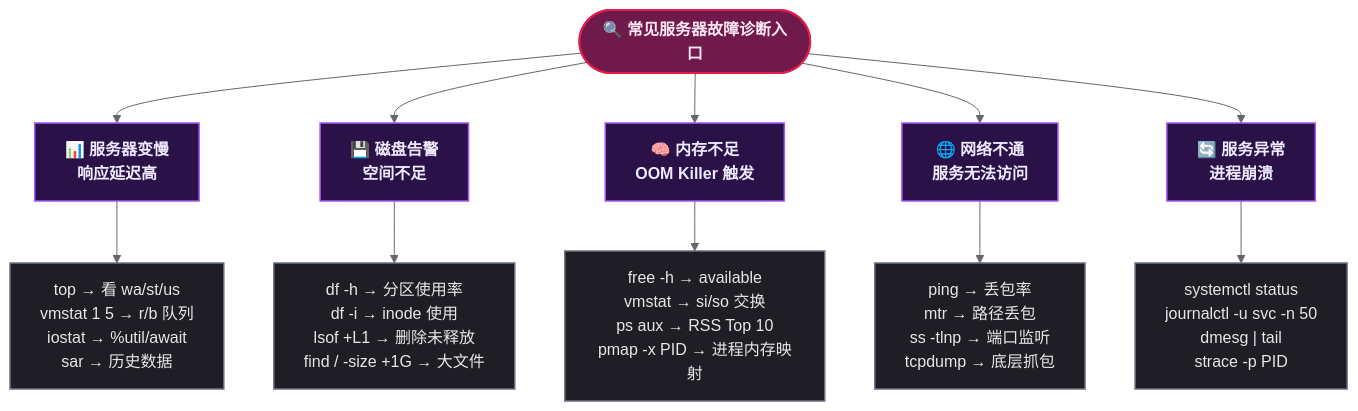
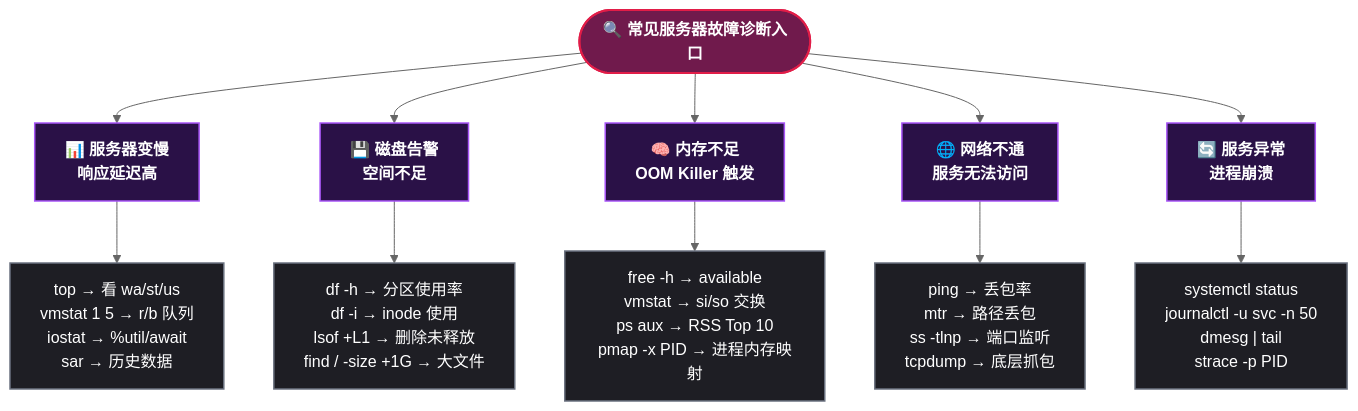
Before and after one commit to yaocat55/yaocat55.github.io: the third of 4 diagrams in content/posts/linux/LinuxCommands100.md, drawn with Mermaid (neutral theme). The commit also changed other lines of this file and 27 other files, not shown here.

Commit message:
docs: 全系列 93 张 Mermaid 图 classDef 改为 style 强制深底白字(修复部分渲染器白底浅字)+历史文件格式清理

````diff
--- a/content/posts/linux/LinuxCommands100.md
+++ b/content/posts/linux/LinuxCommands100.md
@@ -1761,26 +1762,28 @@
 ```mermaid
 flowchart TD
-classDef startEnd fill:#701a4c,stroke:#e11d48,stroke-width:2px,color:#fce7f3,font-weight:bold;
-classDef condition fill:#2a1147,stroke:#a855f7,stroke-width:1.5px,color:#ede9fe,font-weight:bold;
-classDef process fill:#1e1e24,stroke:#6b7280,stroke-width:1.5px,color:#e5e7eb;
-classDef data fill:#052e16,stroke:#16a34a,stroke-width:1.5px,color:#bbf7d0,font-weight:bold;
-classDef highlight fill:#450a0a,stroke:#dc2626,stroke-width:1.5px,color:#fecaca,font-weight:bold;
 
     ROOT([🔍 常见服务器故障诊断入口])
 
     ROOT --> S1["📊 服务器变慢\n响应延迟高"]
     ROOT --> S2["💾 磁盘告警\n空间不足"]
     ROOT --> S3["🧠 内存不足\nOOM Killer 触发"]
     ROOT --> S4["🌐 网络不通\n服务无法访问"]
     ROOT --> S5["🔄 服务异常\n进程崩溃"]
 
     S1 --> D1["top → 看 wa/st/us\nvmstat 1 5 → r/b 队列\niostat → %util/await\nsar → 历史数据"]
     S2 --> D2["df -h → 分区使用率\ndf -i → inode 使用\nlsof +L1 → 删除未释放\nfind / -size +1G → 大文件"]
     S3 --> D3["free -h → available\nvmstat → si/so 交换\nps aux → RSS Top 10\npmap -x PID → 进程内存映射"]
     S4 --> D4["ping → 丢包率\nmtr → 路径丢包\nss -tlnp → 端口监听\ntcpdump → 底层抓包"]
     S5 --> D5["systemctl status\njournalctl -u svc -n 50\ndmesg | tail\nstrace -p PID"]
-
-    class ROOT startEnd;
-    class S1,S2,S3,S4,S5 condition;
-    class D1,D2,D3,D4,D5 process;
+    style ROOT fill:#701a4c,stroke:#e11d48,stroke-width:2px,color:#ffffff,font-weight:bold
+    style S1 fill:#2a1147,stroke:#a855f7,stroke-width:1.5px,color:#ffffff,font-weight:bold
+    style S2 fill:#2a1147,stroke:#a855f7,stroke-width:1.5px,color:#ffffff,font-weight:bold
+    style S3 fill:#2a1147,stroke:#a855f7,stroke-width:1.5px,color:#ffffff,font-weight:bold
+    style S4 fill:#2a1147,stroke:#a855f7,stroke-width:1.5px,color:#ffffff,font-weight:bold
+    style S5 fill:#2a1147,stroke:#a855f7,stroke-width:1.5px,color:#ffffff,font-weight:bold
+    style D1 fill:#1e1e24,stroke:#6b7280,stroke-width:1.5px,color:#ffffff
+    style D2 fill:#1e1e24,stroke:#6b7280,stroke-width:1.5px,color:#ffffff
+    style D3 fill:#1e1e24,stroke:#6b7280,stroke-width:1.5px,color:#ffffff
+    style D4 fill:#1e1e24,stroke:#6b7280,stroke-width:1.5px,color:#ffffff
+    style D5 fill:#1e1e24,stroke:#6b7280,stroke-width:1.5px,color:#ffffff
 ```
````
